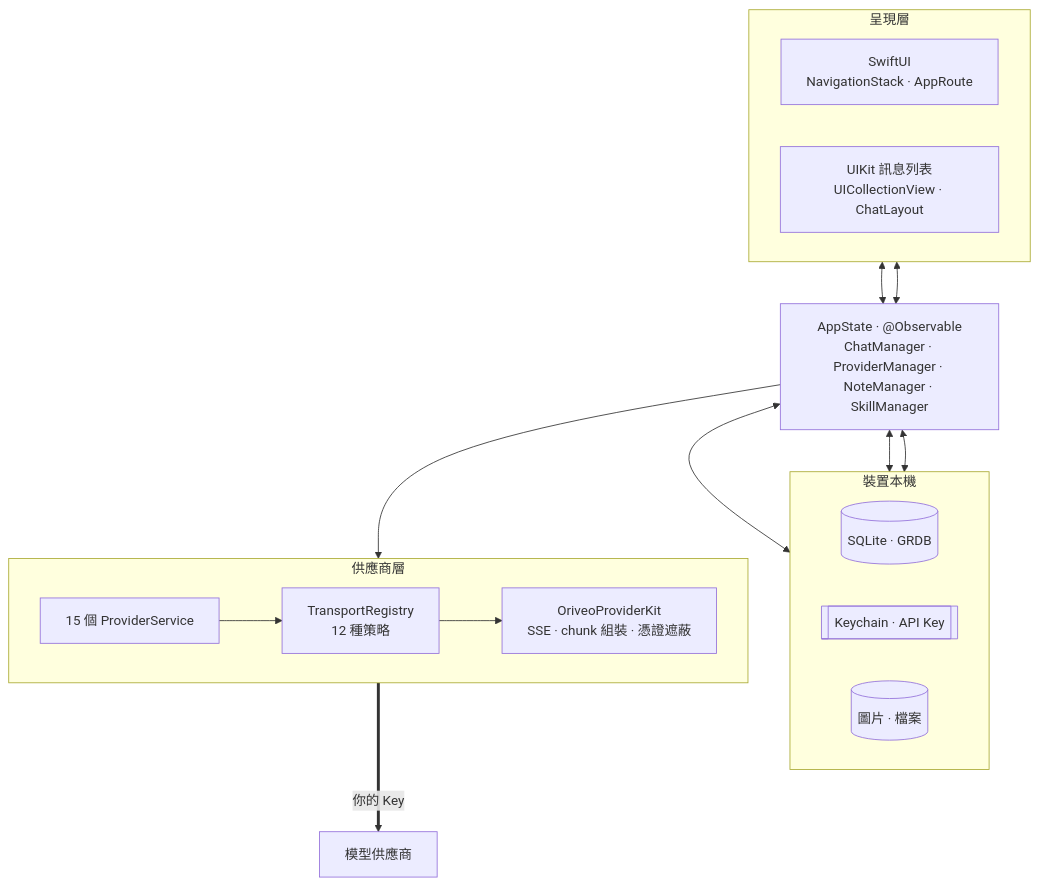
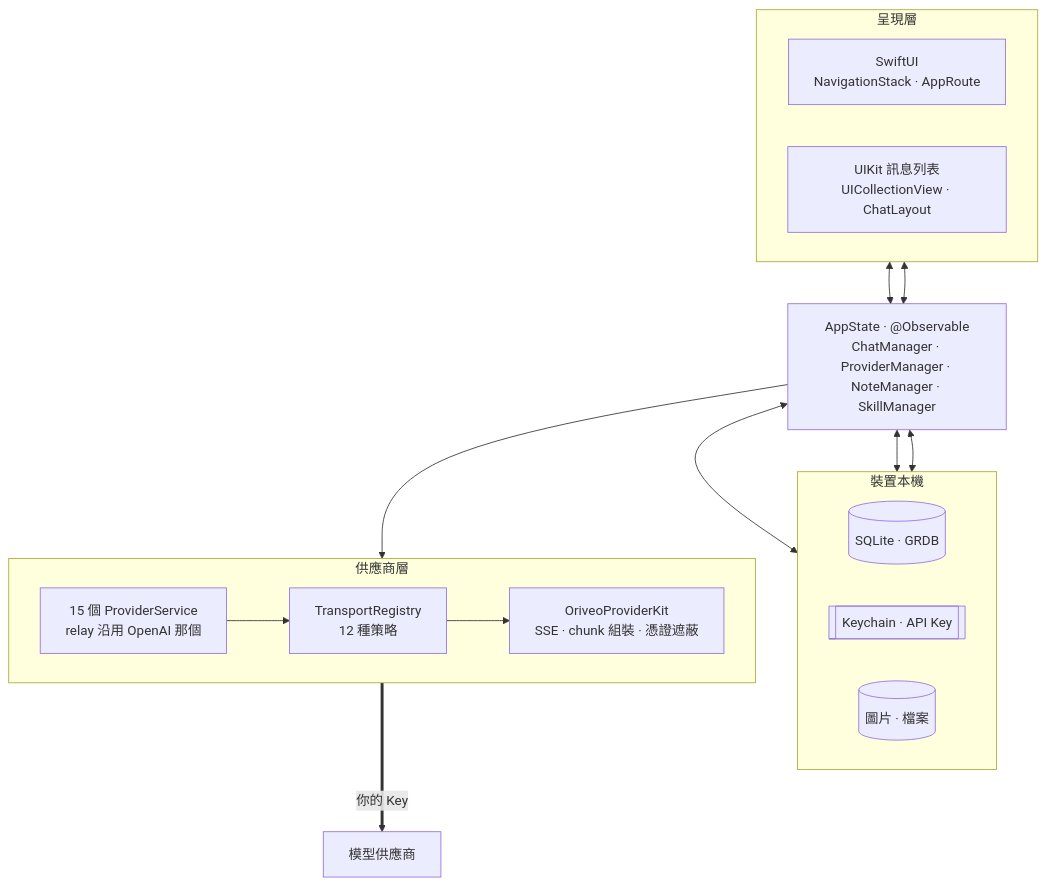
Before and after one commit to oriveo/oriveo: the first of 2 diagrams in readme_i18n/zh-Hant/ios.md, drawn with Mermaid. The commit also changed other lines of this file and 62 other files, not shown here.

````diff
--- a/readme_i18n/zh-Hant/ios.md
+++ b/readme_i18n/zh-Hant/ios.md
@@ -45,30 +45,30 @@
 ```mermaid
 flowchart TB
     subgraph ui ["呈現層"]
         direction LR
         swiftui["SwiftUI<br/>NavigationStack · AppRoute"]
         uikit["UIKit 訊息列表<br/>UICollectionView · ChatLayout"]
     end
 
     appstate["AppState · @Observable<br/>ChatManager · ProviderManager · NoteManager · SkillManager"]
 
     subgraph store ["裝置本機"]
         direction LR
         grdb[("SQLite · GRDB")]
         keychain[["Keychain · API Key"]]
         files[("圖片 · 檔案")]
     end
 
     subgraph provider ["供應商層"]
         direction LR
-        services["15 個 ProviderService"]
+        services["15 個 ProviderService<br/>relay 沿用 OpenAI 那個"]
         transports["TransportRegistry<br/>12 種策略"]
         kit["OriveoProviderKit<br/>SSE · chunk 組裝 · 憑證遮蔽"]
     end
 
     swiftui & uikit <--> appstate
     appstate <--> grdb & keychain & files
     appstate --> services
     services --> transports --> kit
     kit ==>|"你的 Key"| up["模型供應商"]
 ```
````
